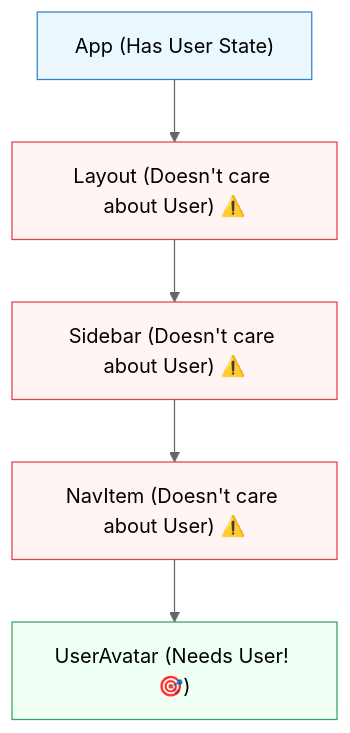
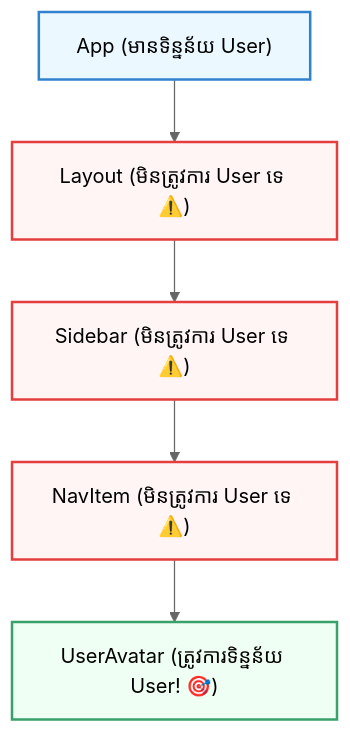
The diagram in src/courses/react/module-7-global-state/01-prop-drilling.mdx (Ari-ICU/full-stack-short-coures), drawn with Mermaid (neutral theme) before and after one commit. The commit also changed other lines of this file and 7 other files, not shown here.

Commit message:
feat: add ReactPitfallsDiagram component and update global state course content to explain derived state and useEffect pitfalls

````diff
--- a/src/courses/react/module-7-global-state/01-prop-drilling.mdx
+++ b/src/courses/react/module-7-global-state/01-prop-drilling.mdx
@@ -24,13 +36,13 @@
 ```mermaid
 graph TD
-    App["App (Has User State)"] --> Layout["Layout (Doesn't care about User) ⚠️"]
-    Layout --> Sidebar["Sidebar (Doesn't care about User) ⚠️"]
-    Sidebar --> NavItem["NavItem (Doesn't care about User) ⚠️"]
-    NavItem --> UserAvatar["UserAvatar (Needs User! 🎯)"]
+    App["App (មានទិន្នន័យ User)"] --> Layout["Layout (មិនត្រូវការ User ទេ ⚠️)"]
+    Layout --> Sidebar["Sidebar (មិនត្រូវការ User ទេ ⚠️)"]
+    Sidebar --> NavItem["NavItem (មិនត្រូវការ User ទេ ⚠️)"]
+    NavItem --> UserAvatar["UserAvatar (ត្រូវការទិន្នន័យ User! 🎯)"]
 
-    style App fill:#ebf8ff,stroke:#3182ce,color:#000
-    style Layout fill:#fff5f5,stroke:#e53e3e,color:#000
-    style Sidebar fill:#fff5f5,stroke:#e53e3e,color:#000
-    style NavItem fill:#fff5f5,stroke:#e53e3e,color:#000
-    style UserAvatar fill:#f0fff4,stroke:#38a169,color:#000
+    style App fill:#ebf8ff,stroke:#3182ce,stroke-width:2px
+    style Layout fill:#fff5f5,stroke:#e53e3e,stroke-width:2px
+    style Sidebar fill:#fff5f5,stroke:#e53e3e,stroke-width:2px
+    style NavItem fill:#fff5f5,stroke:#e53e3e,stroke-width:2px
+    style UserAvatar fill:#f0fff4,stroke:#38a169,stroke-width:2px
 ```
````
